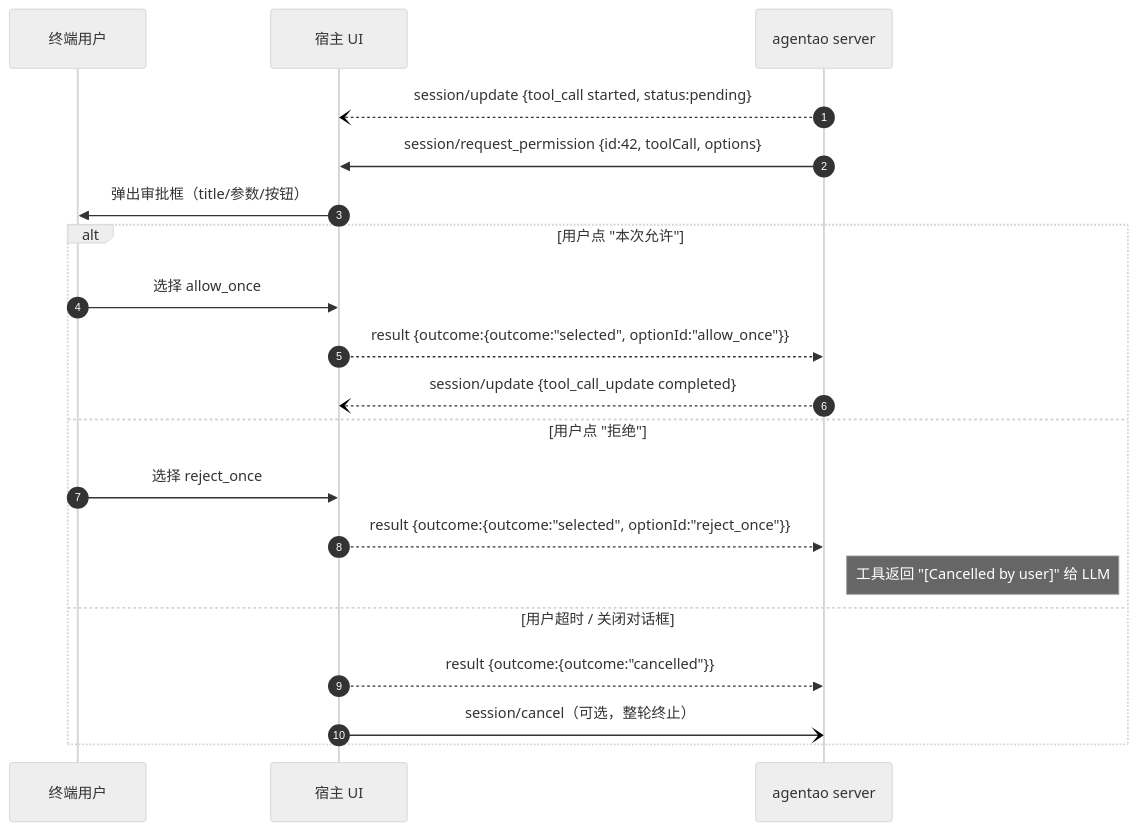
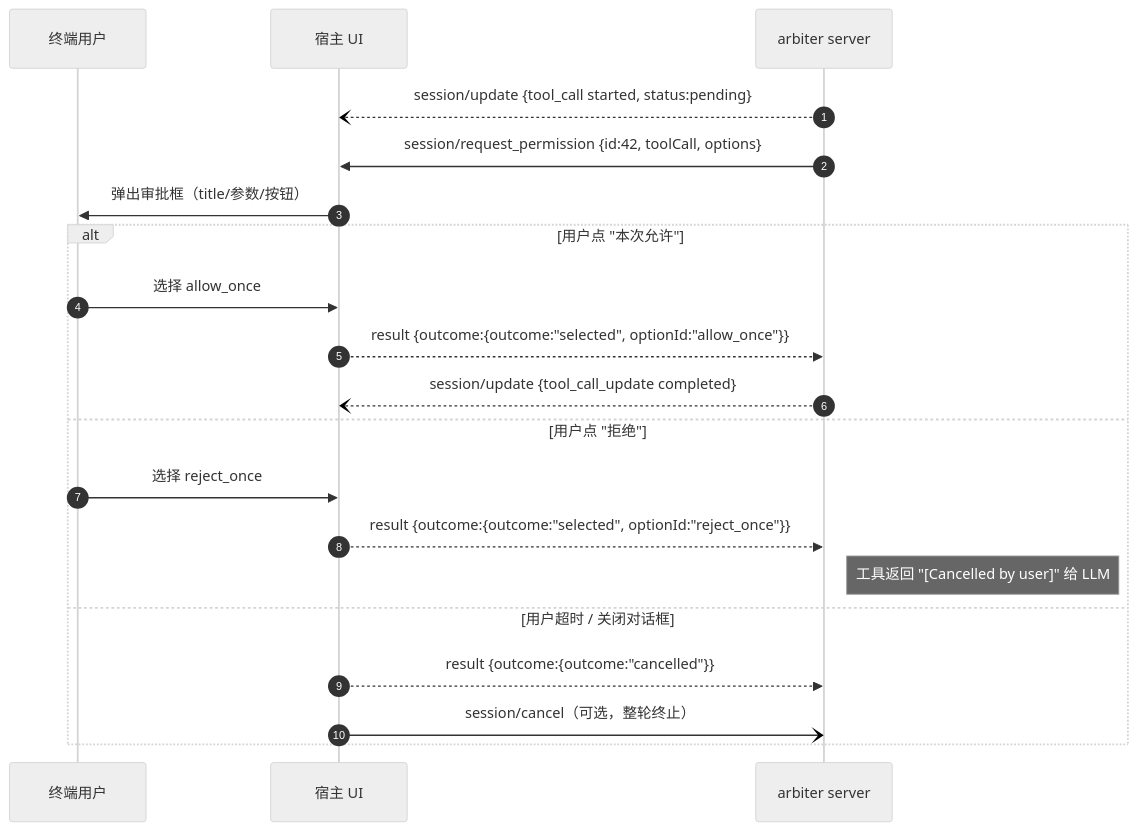
The first of 2 diagrams in developer-guide/zh/part-3/2-agentao-as-server.md (LEPZHANG/agentruntime), drawn with Mermaid (neutral theme) before and after one commit. The commit also changed other lines of this file and 1169 other files, not shown here.

````diff
--- a/developer-guide/zh/part-3/2-agentao-as-server.md
+++ b/developer-guide/zh/part-3/2-agentao-as-server.md
@@ -253,23 +253,23 @@
 ```mermaid
 sequenceDiagram
     autonumber
     participant U as 终端用户
     participant H as 宿主 UI
-    participant S as agentao server
+    participant S as arbiter server
 
     S--)H: session/update {tool_call started, status:pending}
     S->>H: session/request_permission {id:42, toolCall, options}
     H->>U: 弹出审批框（title/参数/按钮）
     alt 用户点 "本次允许"
         U->>H: 选择 allow_once
         H-->>S: result {outcome:{outcome:"selected", optionId:"allow_once"}}
         S--)H: session/update {tool_call_update completed}
     else 用户点 "拒绝"
         U->>H: 选择 reject_once
         H-->>S: result {outcome:{outcome:"selected", optionId:"reject_once"}}
         Note right of S: 工具返回 "[Cancelled by user]" 给 LLM
     else 用户超时 / 关闭对话框
         H-->>S: result {outcome:{outcome:"cancelled"}}
         H-)S: session/cancel（可选，整轮终止）
     end
 ```
````
